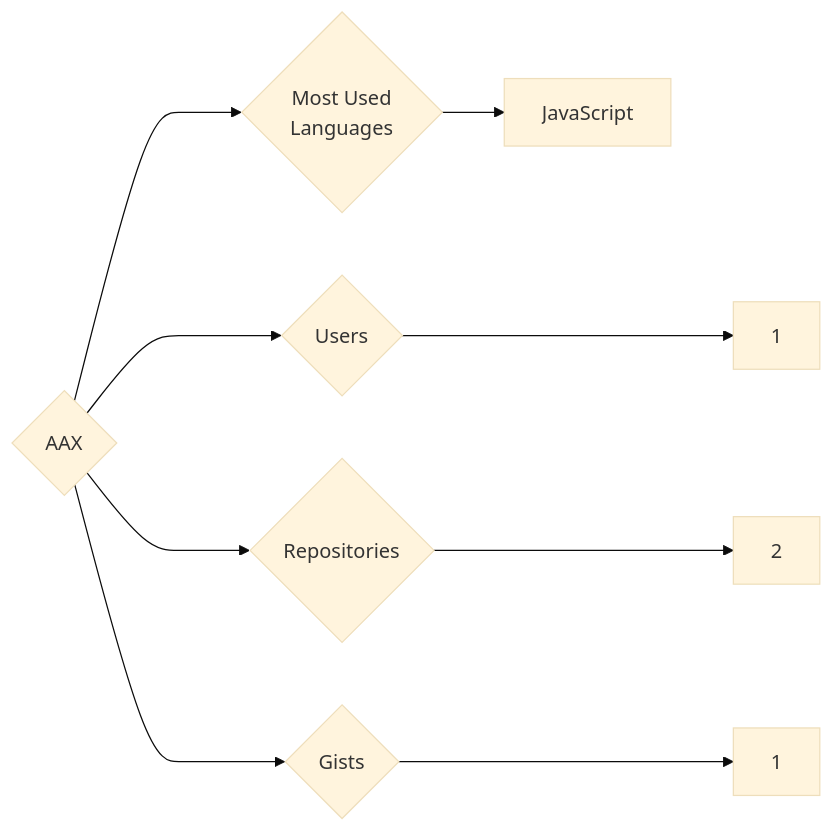
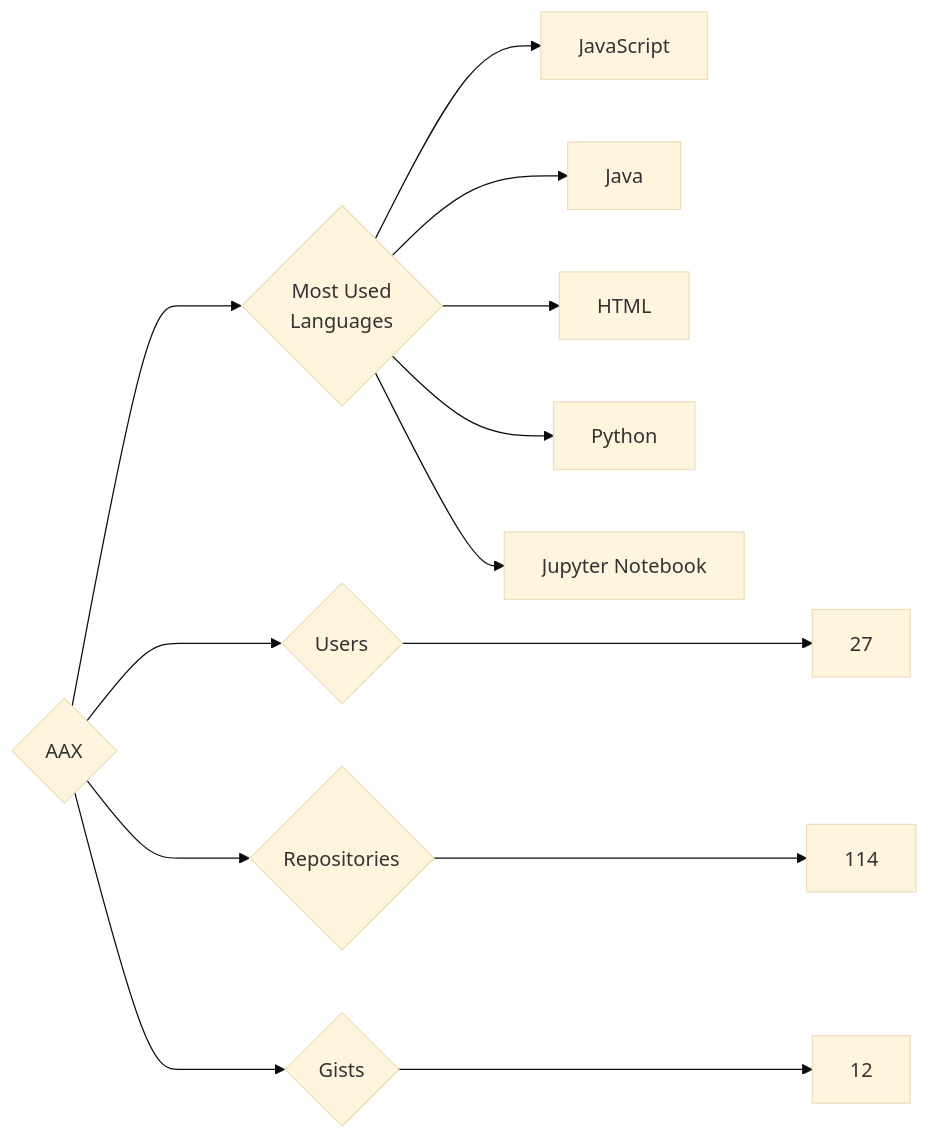
Before and after one commit to trickest/insiders: the diagram in targets/AAX/README.md, drawn with Mermaid (base theme). The commit also changed 1092 other files, not shown here.

````diff
--- a/targets/AAX/README.md
+++ b/targets/AAX/README.md
@@ -3,9 +3,13 @@
 ```mermaid
 graph LR
 COMPANY_NAME{AAX}
-COMPANY_NAME ---> U{Users} ---> UN[1]
-COMPANY_NAME ---> R{Repositories} ---> RN[2]
-COMPANY_NAME ---> G{Gists} ---> GN[1]
+COMPANY_NAME ---> U{Users} ---> UN[27]
+COMPANY_NAME ---> R{Repositories} ---> RN[114]
+COMPANY_NAME ---> G{Gists} ---> GN[12]
 COMPANY_NAME ---> ML{Most Used<br>Languages}
 ML --> JavaScript[JavaScript]
+ML --> Java[Java]
+ML --> HTML[HTML]
+ML --> Python[Python]
+ML --> Jupyter_Notebook[Jupyter Notebook]
 ```
````
